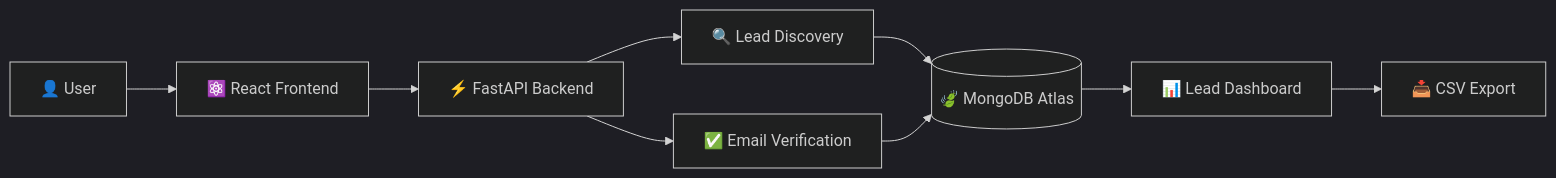
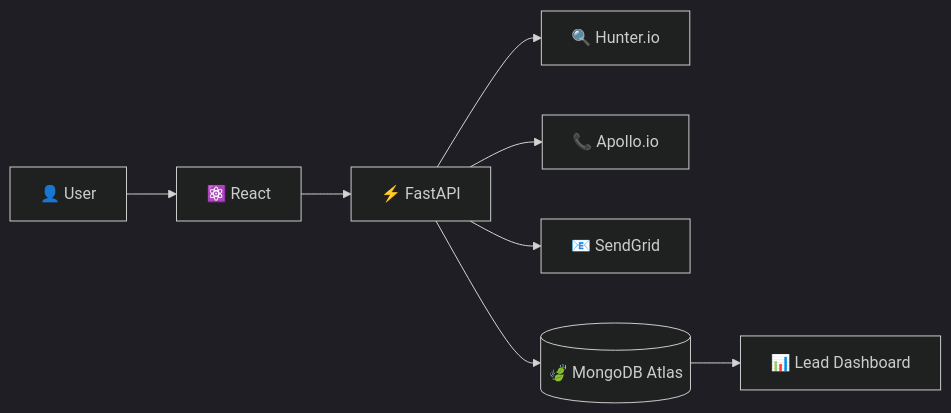
One commit to sakshi-harikant/LeadGeneration changed the diagram in README.md. Above: the diagram before and after it, drawn with Mermaid (dark theme). The commit also changed other lines of this file, not shown here.

````diff
--- a/README.md
+++ b/README.md
@@ -97,17 +119,14 @@
 ```mermaid
 flowchart LR
 
-    A[👤 User] --> B[⚛️ React Frontend]
+    U[👤 User] --> F[⚛️ React]
+    F --> B[⚡ FastAPI]
 
-    B --> C[⚡ FastAPI Backend]
+    B --> H[🔍 Hunter.io]
+    B --> A[📞 Apollo.io]
+    B --> S[📧 SendGrid]
 
-    C --> D[🔍 Lead Discovery]
-    C --> E[✅ Email Verification]
+    B --> M[(🍃 MongoDB Atlas)]
 
-    D --> F[(🍃 MongoDB Atlas)]
-    E --> F
-
-    F --> G[📊 Lead Dashboard]
-
-    G --> H[📥 CSV Export]
+    M --> D[📊 Lead Dashboard]
 ```
````
